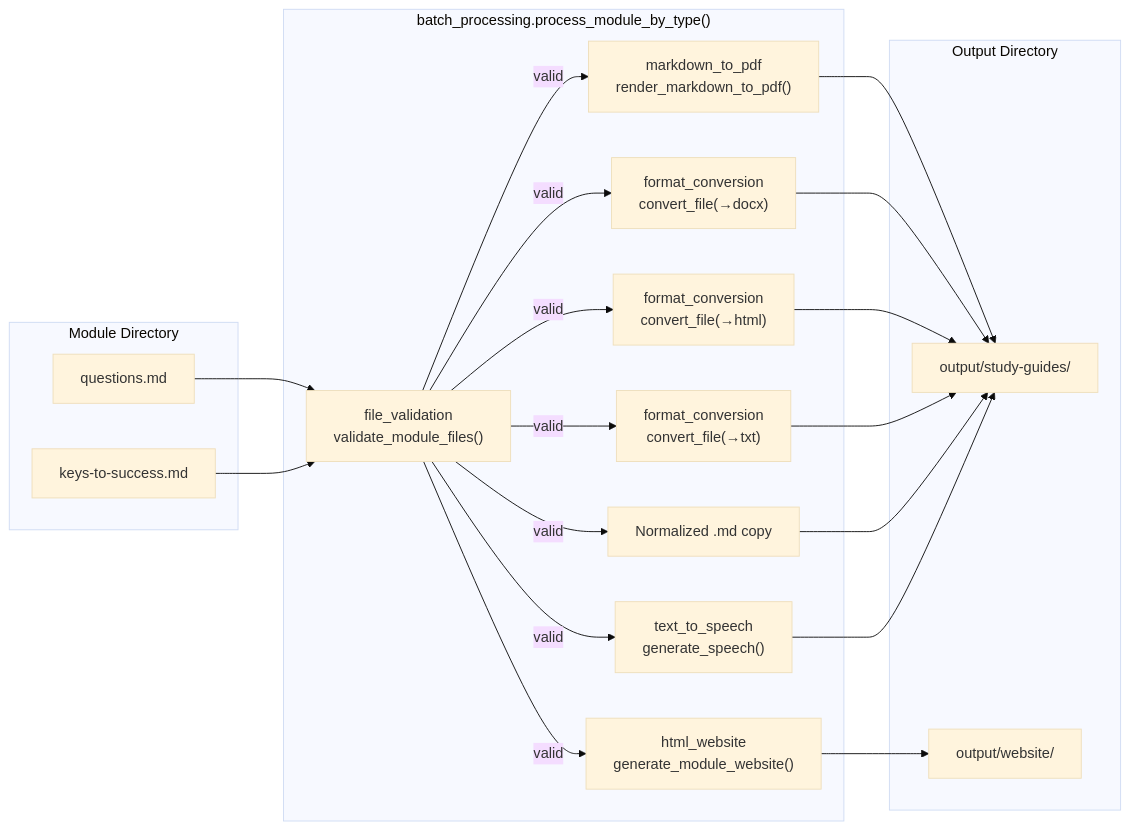
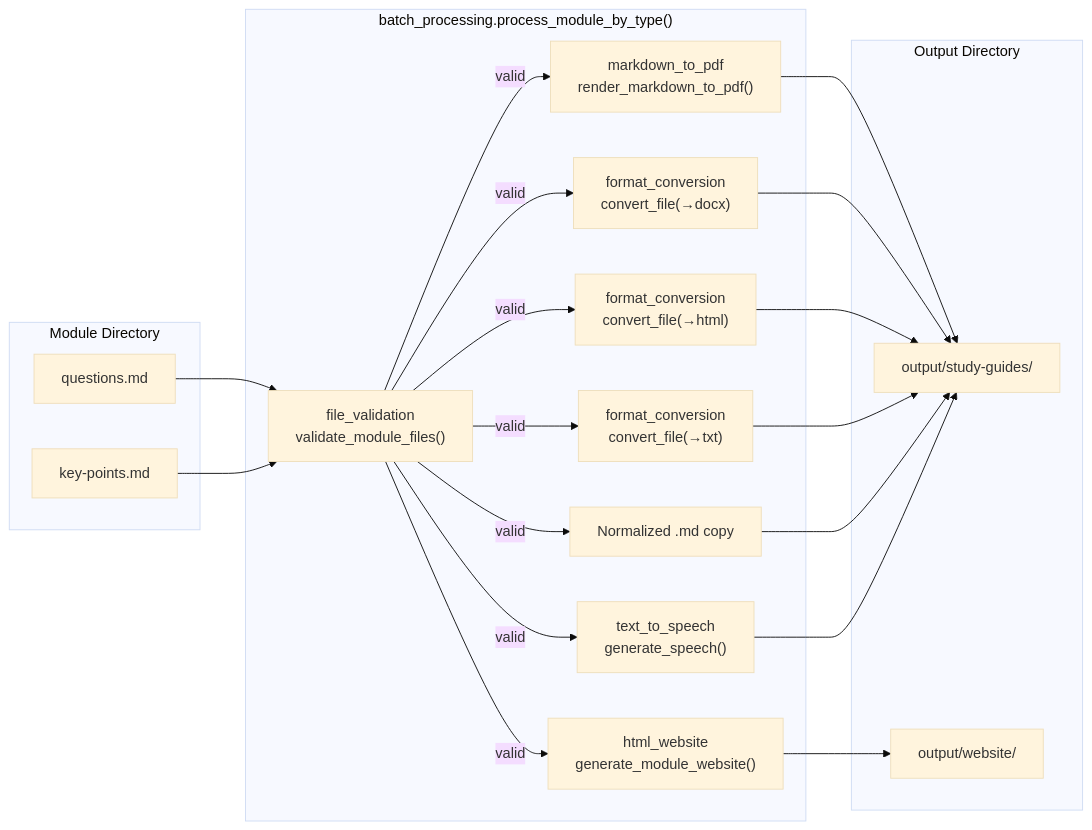
One commit to docxology/biol-1 changed the third of 5 diagrams in software/docs/architecture/DATA_FLOW.md. Above: the diagram before and after it, drawn with Mermaid (base theme). The commit also changed other lines of this file and 864 other files, not shown here.

````diff
--- a/software/docs/architecture/DATA_FLOW.md
+++ b/software/docs/architecture/DATA_FLOW.md
@@ -145,41 +145,41 @@
 ```mermaid
 flowchart LR
     subgraph input["Module Directory"]
         QS["questions.md"]
-        KS["keys-to-success.md"]
+        KS["key-points.md"]
     end
 
     subgraph processing["batch_processing.process_module_by_type()"]
         FV["file_validation<br/>validate_module_files()"]
         PDF["markdown_to_pdf<br/>render_markdown_to_pdf()"]
         DOCX["format_conversion<br/>convert_file(→docx)"]
         HTML["format_conversion<br/>convert_file(→html)"]
         TXT["format_conversion<br/>convert_file(→txt)"]
         MDOUT["Normalized .md copy"]
         MP3["text_to_speech<br/>generate_speech()"]
         WEB["html_website<br/>generate_module_website()"]
     end
 
     subgraph output["Output Directory"]
         SG["output/study-guides/"]
         WS["output/website/"]
     end
 
     QS --> FV
     KS --> FV
     FV -->|"valid"| PDF
     FV -->|"valid"| DOCX
     FV -->|"valid"| HTML
     FV -->|"valid"| TXT
     FV -->|"valid"| MDOUT
     FV -->|"valid"| MP3
     FV -->|"valid"| WEB
 
     PDF --> SG
     DOCX --> SG
     HTML --> SG
     TXT --> SG
     MDOUT --> SG
     MP3 --> SG
     WEB --> WS
 ```
````
